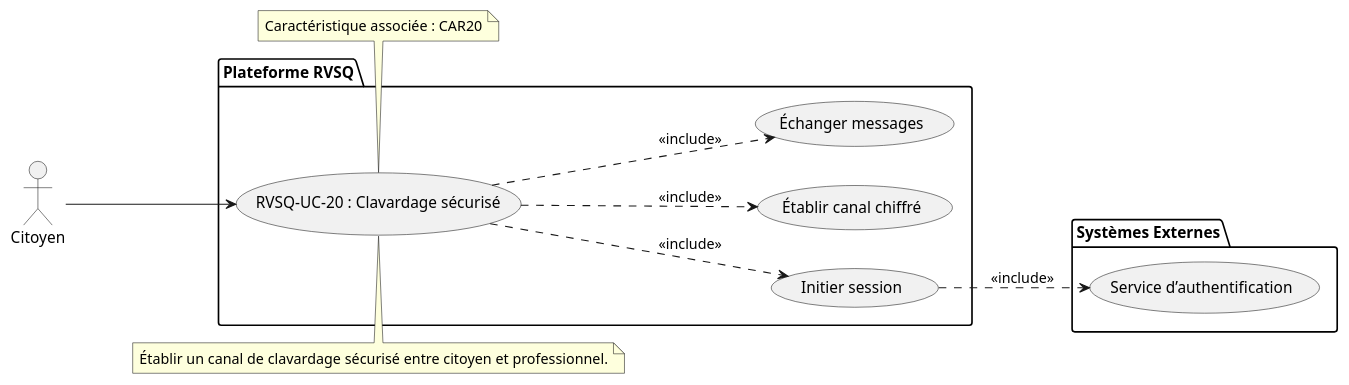
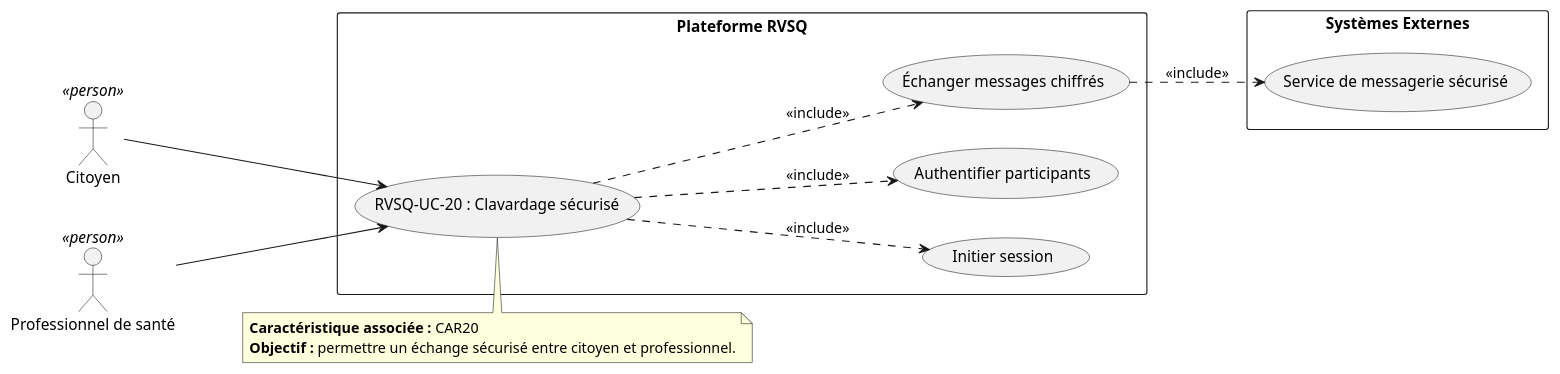
Before and after one commit to serghino/use-cases-RVSQ: the diagram in RVSQ-UC-20_Clavardage_Securise.puml, drawn with PlantUML. The commit also changed 25 other files, not shown here.

```diff
--- a/RVSQ-UC-20_Clavardage_Securise.puml
+++ b/RVSQ-UC-20_Clavardage_Securise.puml
@@ -1,30 +1,29 @@
 @startuml RVSQ-UC-20_Clavardage_Securise
 left to right direction
-actor "Citoyen" as a1
 
-package "Plateforme RVSQ" {
+actor "Citoyen" as Citoyen <<person>>
+actor "Professionnel de santé" as Pro <<person>>
+
+rectangle "Plateforme RVSQ" {
   usecase "RVSQ-UC-20 : Clavardage sécurisé" as UC20
-  usecase "Initier session" as UC20_1
-  usecase "Établir canal chiffré" as UC20_2
-  usecase "Échanger messages" as UC20_3
+  usecase "Initier session" as UC20_A
+  usecase "Authentifier participants" as UC20_B
+  usecase "Échanger messages chiffrés" as UC20_C
 }
 
-package "Systèmes Externes" {
-  usecase "Service d’authentification" as AUTH
+rectangle "Systèmes Externes" {
+  usecase "Service de messagerie sécurisé" as MSG
 }
 
-a1 --> UC20
-
-UC20 ..> UC20_1 : <<include>>
-UC20 ..> UC20_2 : <<include>>
-UC20 ..> UC20_3 : <<include>>
-UC20_1 ..> AUTH : <<include>>
+Citoyen --> UC20
+Pro --> UC20
+UC20 ..> UC20_A : <<include>>
+UC20 ..> UC20_B : <<include>>
+UC20 ..> UC20_C : <<include>>
+UC20_C ..> MSG : <<include>>
 
 note top of UC20
-Établir un canal de clavardage sécurisé entre citoyen et professionnel.
-end note
-
-note bottom of UC20
-Caractéristique associée : CAR20
+  **Caractéristique associée :** CAR20
+  **Objectif :** permettre un échange sécurisé entre citoyen et professionnel.
 end note
 @enduml
```
